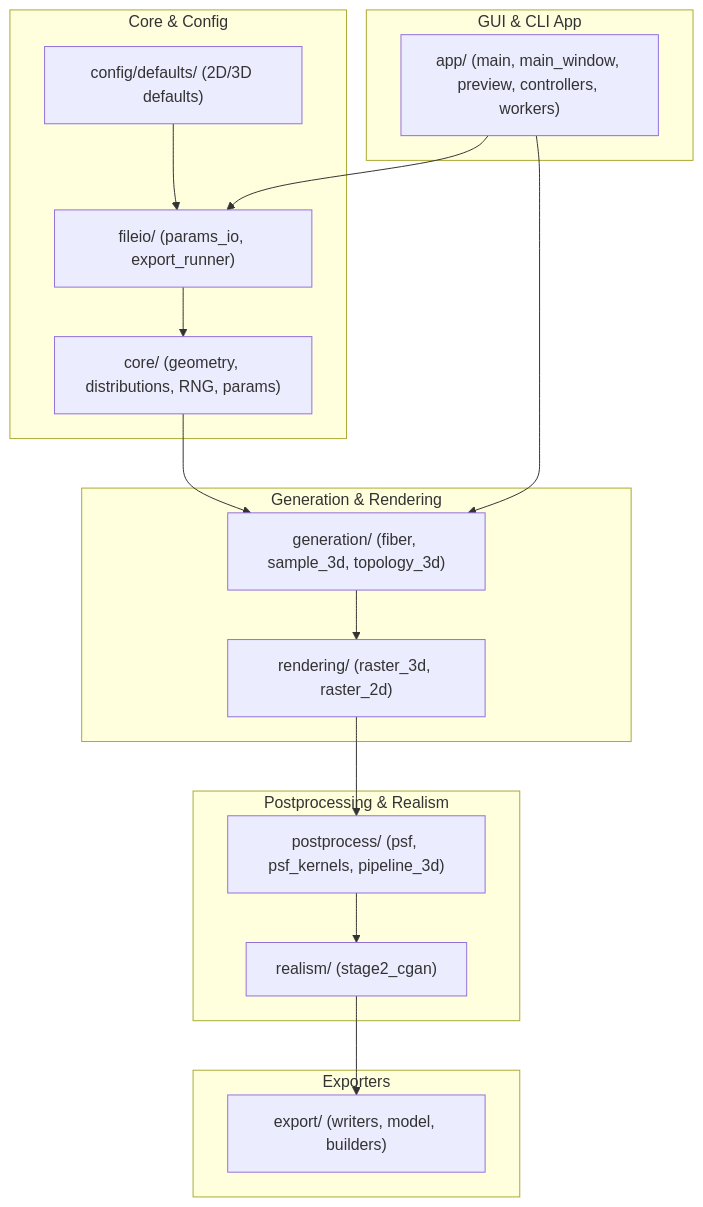
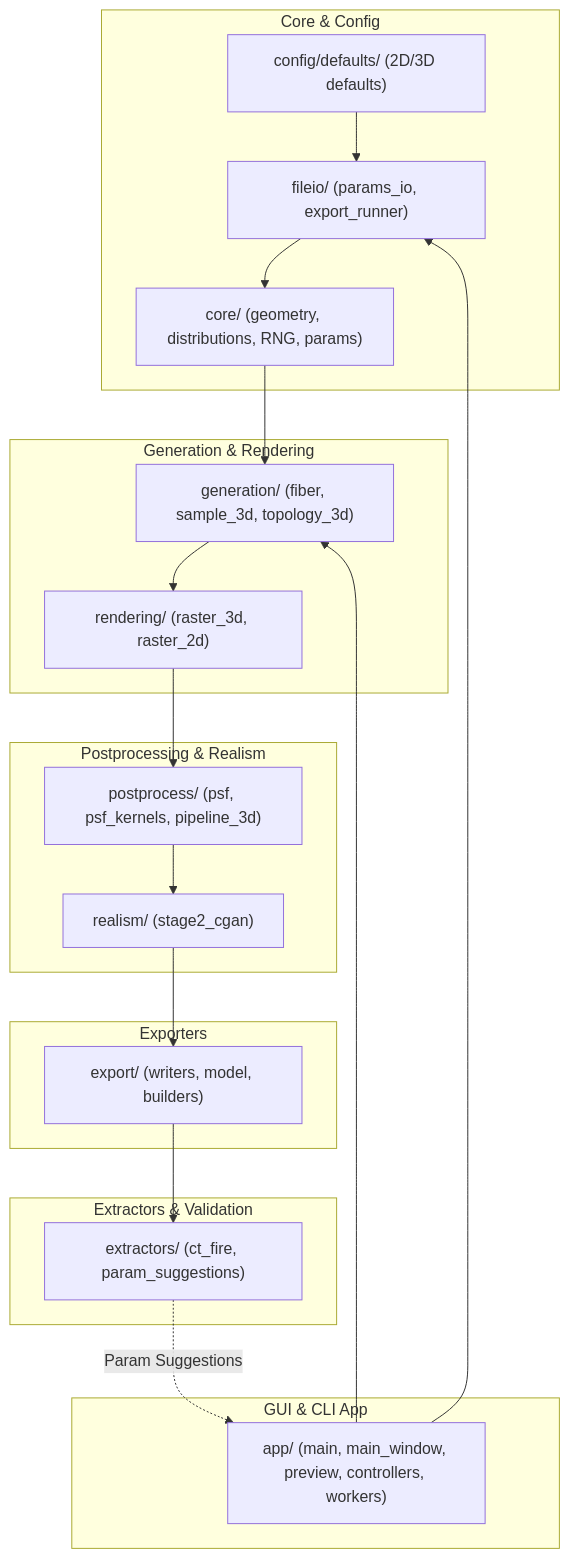
The diagram in src/CurveAlign_CT-FIRE/3Dfibertracking/SyntheticFiberGen/3DSynFiberGen/docs/audit_and_to_do_list.md (uw-loci/curvelets), drawn with Mermaid before and after one commit. The commit also changed other lines of this file, not shown here.

````diff
--- a/src/CurveAlign_CT-FIRE/3Dfibertracking/SyntheticFiberGen/3DSynFiberGen/docs/audit_and_to_do_list.md
+++ b/src/CurveAlign_CT-FIRE/3Dfibertracking/SyntheticFiberGen/3DSynFiberGen/docs/audit_and_to_do_list.md
@@ -11,36 +11,42 @@
 ```mermaid
 graph TD
     subgraph Core & Config
         config["config/defaults/ (2D/3D defaults)"]
         core["core/ (geometry, distributions, RNG, params)"]
         fileio["fileio/ (params_io, export_runner)"]
     end
     
     subgraph Generation & Rendering
         gen["generation/ (fiber, sample_3d, topology_3d)"]
         render["rendering/ (raster_3d, raster_2d)"]
     end
     
     subgraph Postprocessing & Realism
         post["postprocess/ (psf, psf_kernels, pipeline_3d)"]
         realism["realism/ (stage2_cgan)"]
     end
     
     subgraph GUI & CLI App
         app["app/ (main, main_window, preview, controllers, workers)"]
     end
 
+    subgraph Extractors & Validation
+        extractors["extractors/ (ct_fire, param_suggestions)"]
+    end
+
     subgraph Exporters
         export["export/ (writers, model, builders)"]
     end
 
     config --> fileio
     fileio --> core
     core --> gen
     gen --> render
     render --> post
     post --> realism
     realism --> export
     app --> fileio
     app --> gen
+    export --> extractors
+    extractors -.->|Param Suggestions| app
 ```
````
